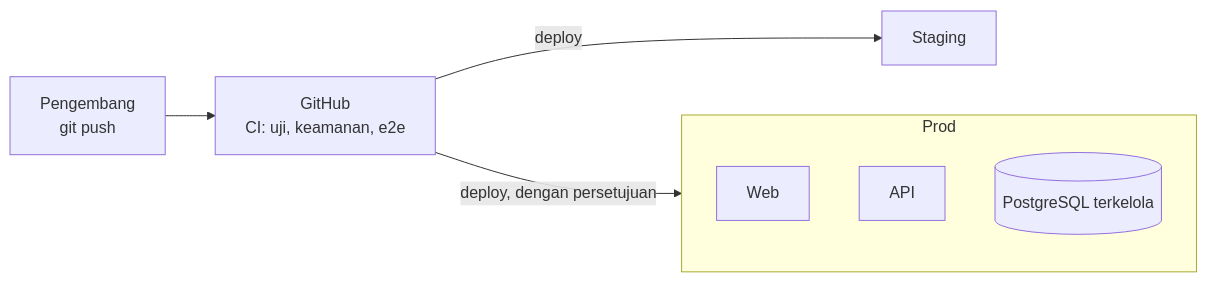
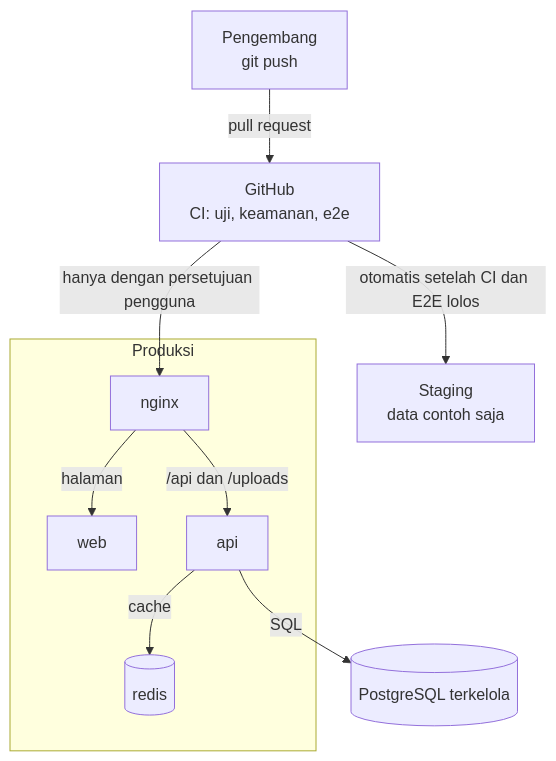
Before and after one commit to ypcipansor/cipansor: the fifth of 6 diagrams in .claude/skills/dokumen-aplikasi-cipansor/assets/template-teknis.md, drawn with Mermaid. The commit also changed other lines of this file and 68 other files, not shown here.

````diff
--- a/.claude/skills/dokumen-aplikasi-cipansor/assets/template-teknis.md
+++ b/.claude/skills/dokumen-aplikasi-cipansor/assets/template-teknis.md
@@ -182,12 +236,18 @@
 ```mermaid
-%% caption: Penempatan — dari kode sampai produksi
-flowchart LR
-  Dev[Pengembang<br/>git push] --> GH[GitHub<br/>CI: uji, keamanan, e2e]
-  GH -->|deploy| Stg[Staging]
-  GH -->|deploy, dengan persetujuan| Prod[Produksi]
-  subgraph Prod
-    W[Web]
-    A[API]
-    D[(PostgreSQL terkelola)]
+%% caption: Penempatan — dari kode sampai staging dan produksi
+flowchart TB
+  Dev["Pengembang<br/>git push"] -->|"pull request"| GH["GitHub<br/>CI: uji, keamanan, e2e"]
+  GH -->|"otomatis setelah CI dan E2E lolos"| Stg["Staging<br/>data contoh saja"]
+  GH -->|"hanya dengan persetujuan pengguna"| N
+  subgraph ProdSet["Produksi"]
+    N["nginx"]
+    W["web"]
+    A["api"]
+    R[("redis")]
   end
+  D[("PostgreSQL terkelola")]
+  N -->|"halaman"| W
+  N -->|"/api dan /uploads"| A
+  A -->|"cache"| R
+  A -->|"SQL"| D
 ```
````
